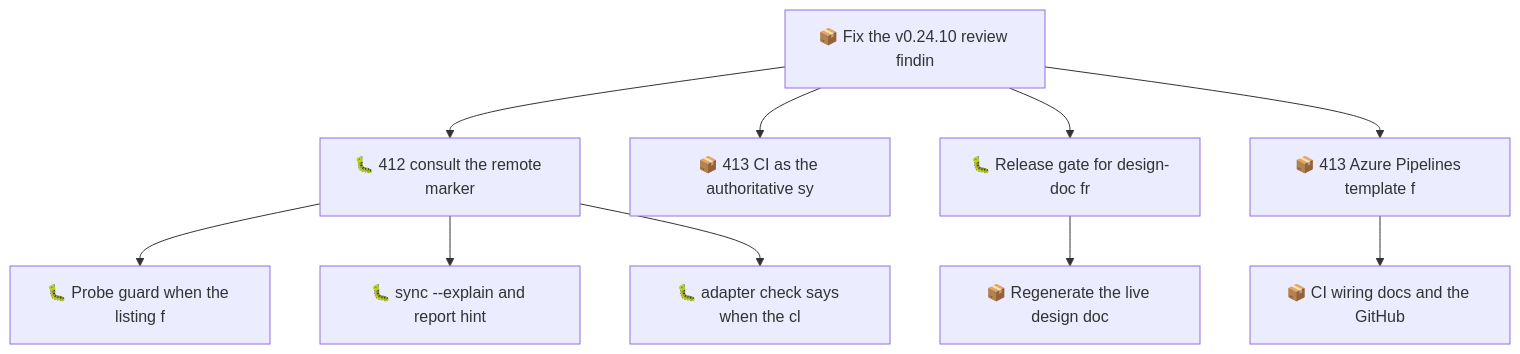
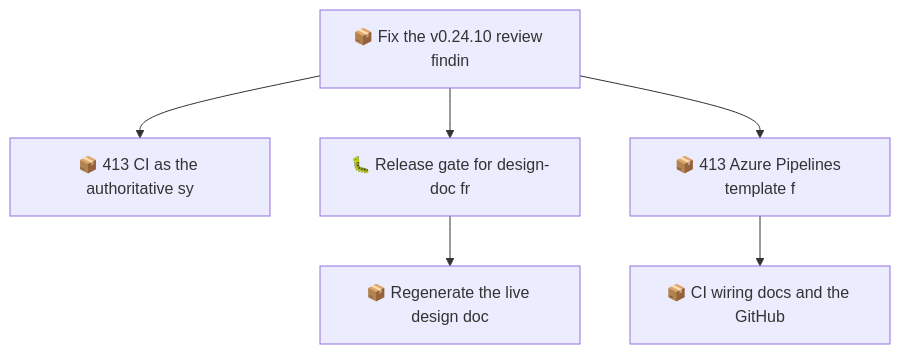
One commit to SpillwaveSolutions/wiki_ticket_sdd changed the second of 2 diagrams in docs/roadmap.md. Above: the diagram before and after it, drawn with Mermaid. The commit also changed other lines of this file and 5 other files, not shown here.

Commit message:
chore(worklog): regenerate derived docs after merging main (01M2XCWMVEH3XFP2VPS9JBD6XF)

````diff
--- a/docs/roadmap.md
+++ b/docs/roadmap.md
@@ -75,22 +63,14 @@
 ```mermaid
 graph TD
     01M2XCWMV0QYM4ZRBWN1V1327B["📦 Fix the v0.24.10 review findin"]
-    01M2XCWMVD7KJ01FCNEV1X8237["🐛 412 consult the remote marker"]
-    01M2XCWMVEH3XFP2VPS9JBD6X7["🐛 Probe guard when the listing f"]
-    01M2XCWMVEH3XFP2VPS9JBD6X9["🐛 sync --explain and report hint"]
-    01M2XCWMVEH3XFP2VPS9JBD6XB["🐛 adapter check says when the cl"]
     01M2XCWMVEH3XFP2VPS9JBD6XN["📦 413 CI as the authoritative sy"]
     01M2XCWMVEH3XFP2VPS9JBD6XQ["🐛 Release gate for design-doc fr"]
     01M2XCWMVEH3XFP2VPS9JBD6XS["📦 Regenerate the live design doc"]
     01M2XCWMVEH3XFP2VPS9JBD6XV["📦 413 Azure Pipelines template f"]
     01M2XCWMVEH3XFP2VPS9JBD6XX["📦 CI wiring docs and the GitHub"]
-    01M2XCWMV0QYM4ZRBWN1V1327B --> 01M2XCWMVD7KJ01FCNEV1X8237
-    01M2XCWMVD7KJ01FCNEV1X8237 --> 01M2XCWMVEH3XFP2VPS9JBD6X7
-    01M2XCWMVD7KJ01FCNEV1X8237 --> 01M2XCWMVEH3XFP2VPS9JBD6X9
-    01M2XCWMVD7KJ01FCNEV1X8237 --> 01M2XCWMVEH3XFP2VPS9JBD6XB
     01M2XCWMV0QYM4ZRBWN1V1327B --> 01M2XCWMVEH3XFP2VPS9JBD6XN
     01M2XCWMV0QYM4ZRBWN1V1327B --> 01M2XCWMVEH3XFP2VPS9JBD6XQ
     01M2XCWMVEH3XFP2VPS9JBD6XQ --> 01M2XCWMVEH3XFP2VPS9JBD6XS
     01M2XCWMV0QYM4ZRBWN1V1327B --> 01M2XCWMVEH3XFP2VPS9JBD6XV
     01M2XCWMVEH3XFP2VPS9JBD6XV --> 01M2XCWMVEH3XFP2VPS9JBD6XX
 ```
````
